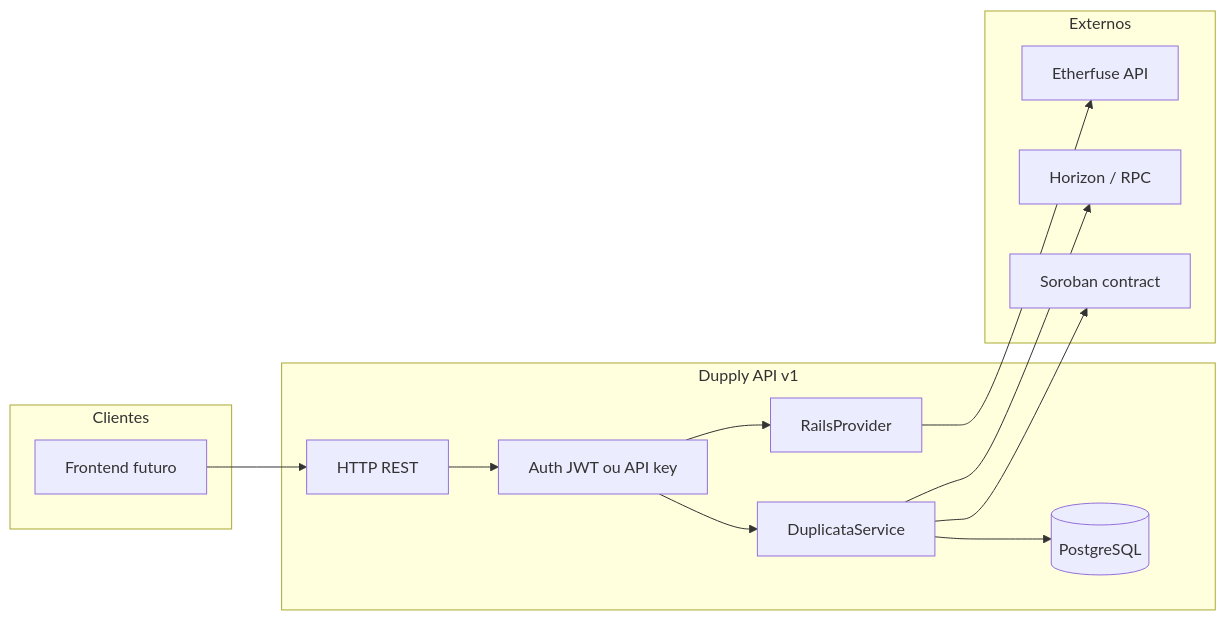
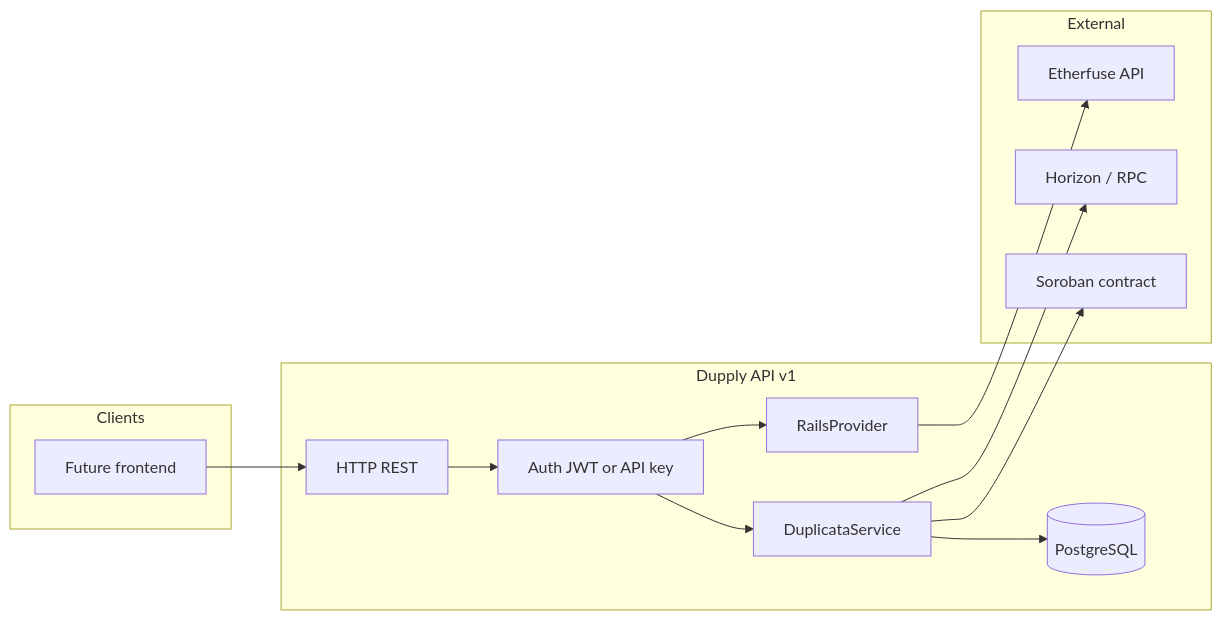
Before and after one commit to vvmafra/dupply-backend: the diagram in docs/notes/2026-05-16_dupply-backend-v1-plan.md, drawn with Mermaid. The commit also changed other lines of this file and 5 other files, not shown here.

````diff
--- a/docs/notes/2026-05-16_dupply-backend-v1-plan.md
+++ b/docs/notes/2026-05-16_dupply-backend-v1-plan.md
@@ -25,26 +25,26 @@
 ```mermaid
 flowchart LR
-  subgraph clients [Clientes]
-    FE[Frontend futuro]
+  subgraph clients [Clients]
+    FE[Future frontend]
   end
   subgraph dupply_api [Dupply API v1]
     HTTP[HTTP REST]
-    AUTH[Auth JWT ou API key]
+    AUTH[Auth JWT or API key]
     DUP[DuplicataService]
     RAILS[RailsProvider]
     DB[(PostgreSQL)]
   end
-  subgraph external [Externos]
+  subgraph external [External]
     EF[Etherfuse API]
     HZN[Horizon / RPC]
     SOR[Soroban contract]
   end
   FE --> HTTP
   HTTP --> AUTH
   AUTH --> DUP
   AUTH --> RAILS
   DUP --> DB
   RAILS --> EF
   DUP --> HZN
   DUP --> SOR
 ```
````
